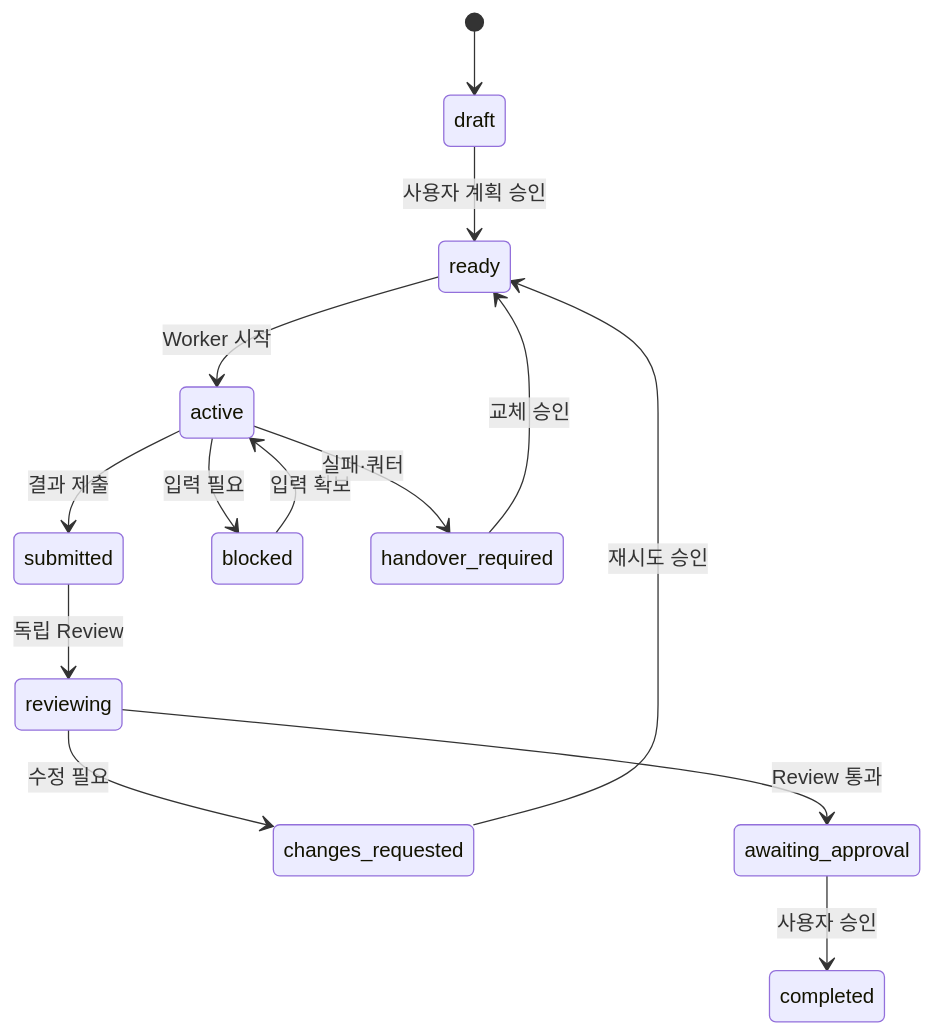
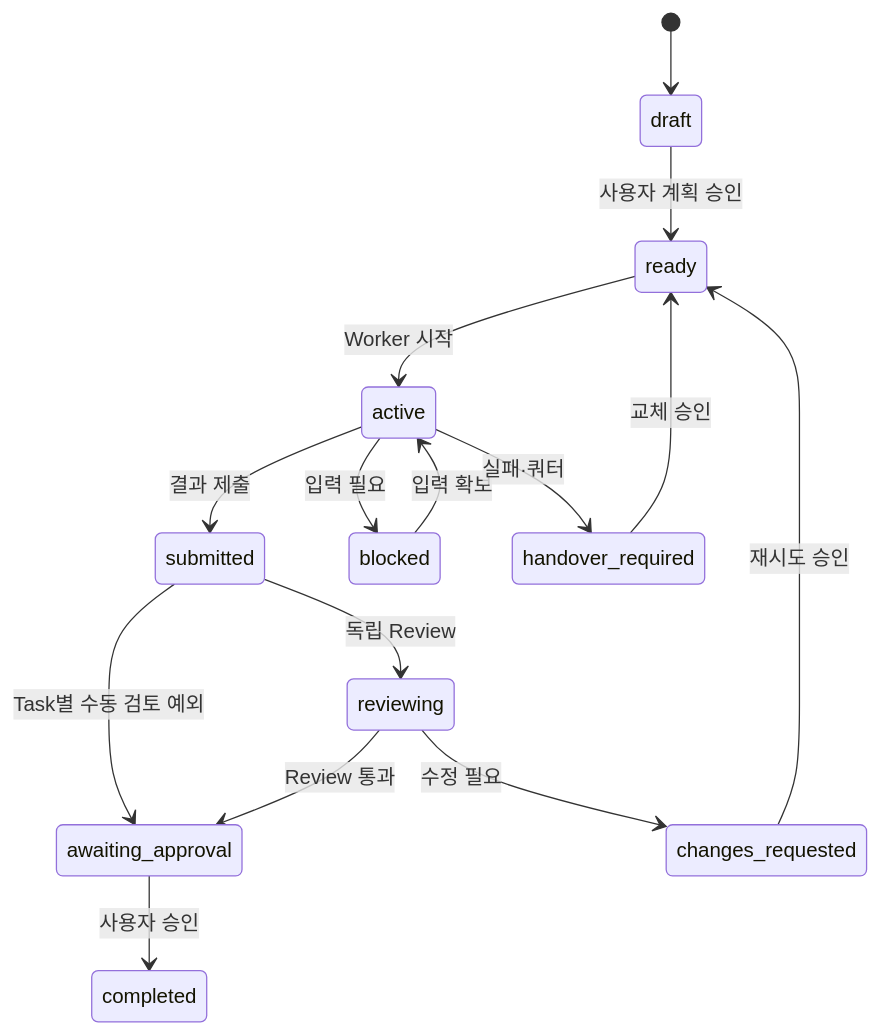
The second of 2 diagrams in ARCHITECTURE.md (skysilver1223/herdr-agent-harness), drawn with Mermaid before and after one commit. The commit also changed other lines of this file and 11 other files, not shown here.

````diff
--- a/ARCHITECTURE.md
+++ b/ARCHITECTURE.md
@@ -66,16 +66,17 @@
 ```mermaid
 stateDiagram-v2
     [*] --> draft
     draft --> ready: 사용자 계획 승인
     ready --> active: Worker 시작
     active --> submitted: 결과 제출
     active --> blocked: 입력 필요
     blocked --> active: 입력 확보
     active --> handover_required: 실패·쿼터
     submitted --> reviewing: 독립 Review
+    submitted --> awaiting_approval: Task별 수동 검토 예외
     reviewing --> changes_requested: 수정 필요
     reviewing --> awaiting_approval: Review 통과
     changes_requested --> ready: 재시도 승인
     handover_required --> ready: 교체 승인
     awaiting_approval --> completed: 사용자 승인
 ```
````
